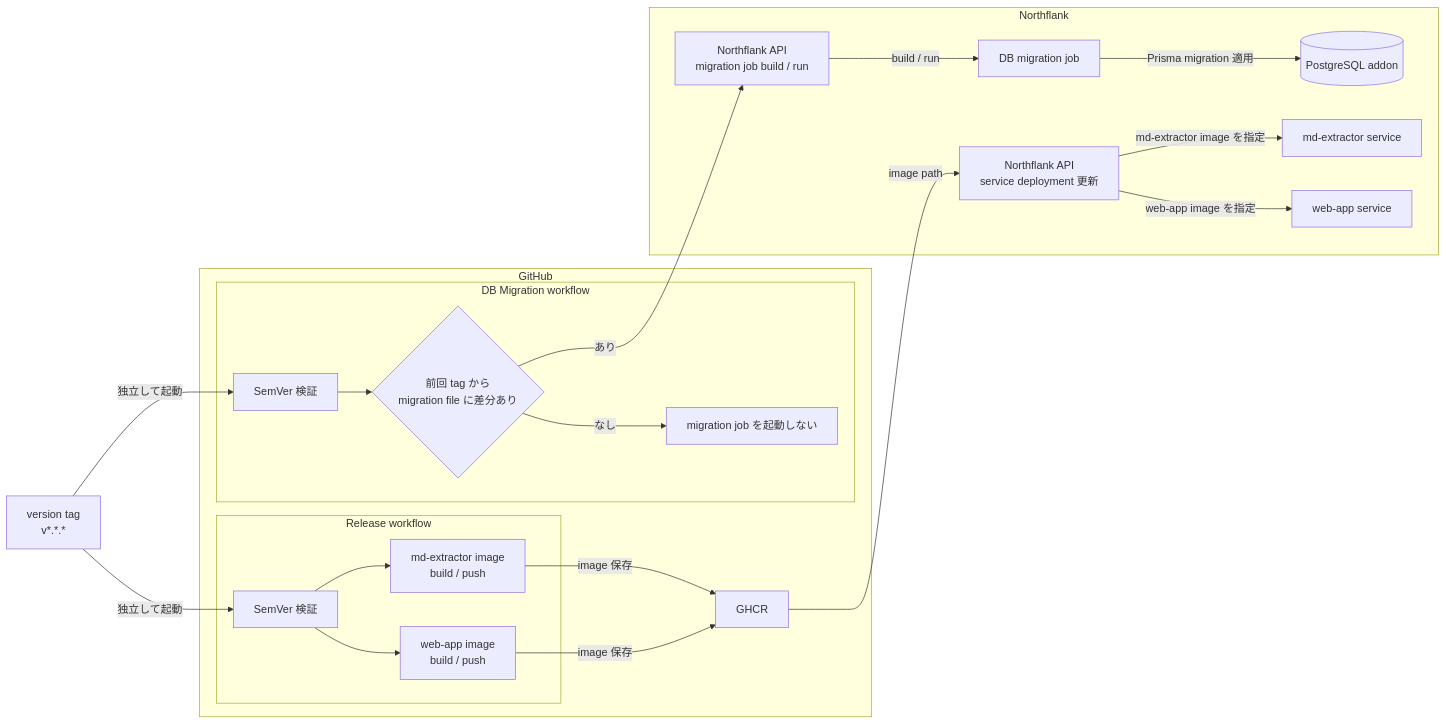
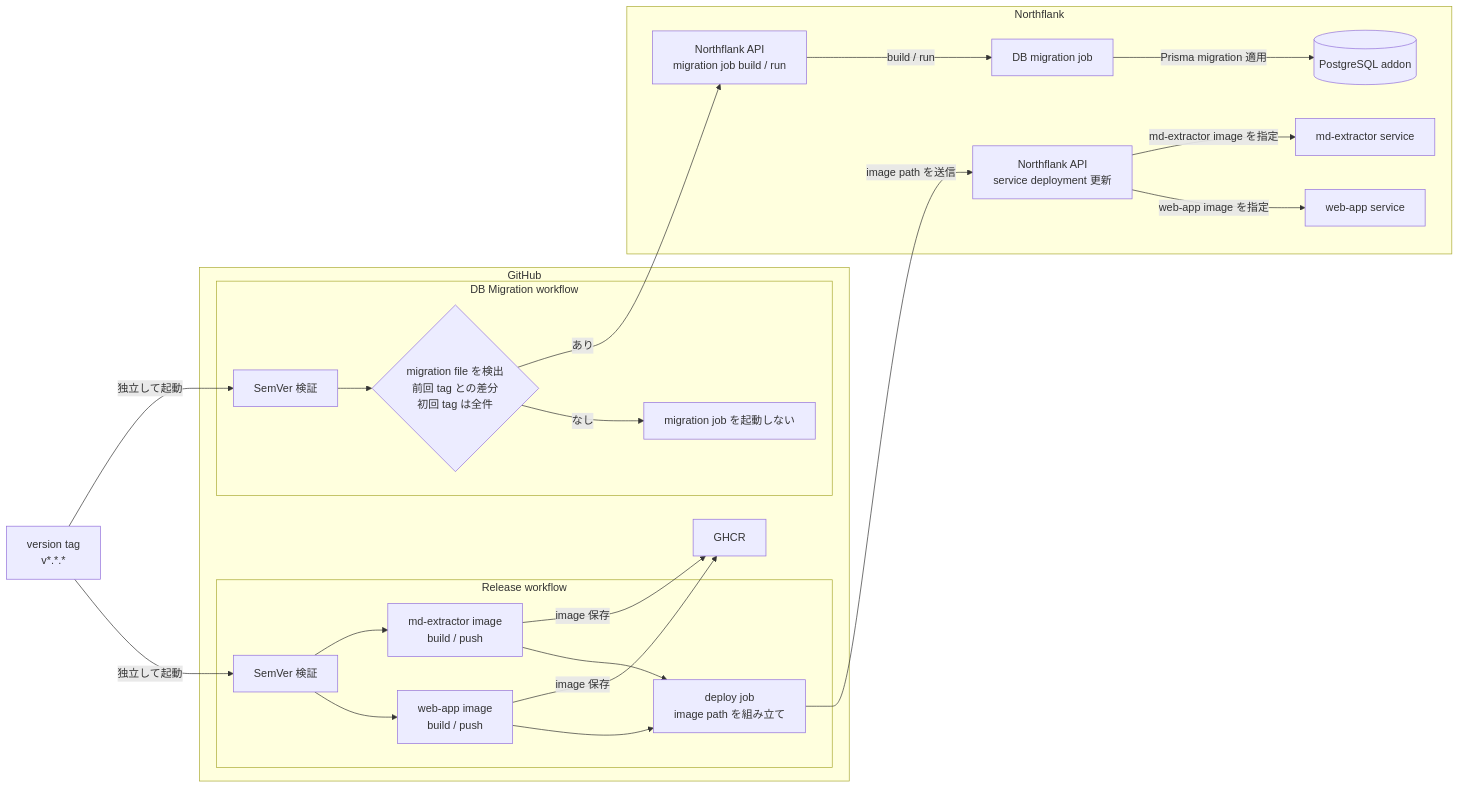
One commit to 2-yudetama/article-freezer changed the second of 2 diagrams in docs/architecture/infrastructure-overview.md. Above: the diagram before and after it, drawn with Mermaid. The commit also changed other lines of this file and 1 other file, not shown here.

Commit message:
📝 構成図のレビュー指摘を反映 (#72)
・OAuth callback とデプロイ経路の通信主体を修正
・migration 検出条件と run の完了保証範囲を明記
・PostgreSQL の永続化対象を図と責務表で一致

````diff
--- a/docs/architecture/infrastructure-overview.md
+++ b/docs/architecture/infrastructure-overview.md
@@ -54,47 +54,50 @@
 ```mermaid
 flowchart LR
     Tag["version tag<br/>v*.*.*"]
 
     subgraph GitHub["GitHub"]
         subgraph ReleaseWorkflow["Release workflow"]
             ReleaseValidate["SemVer 検証"]
             WebBuild["web-app image<br/>build / push"]
             ExtractorBuild["md-extractor image<br/>build / push"]
+            DeployJob["deploy job<br/>image path を組み立て"]
 
             ReleaseValidate --> WebBuild
             ReleaseValidate --> ExtractorBuild
+            WebBuild --> DeployJob
+            ExtractorBuild --> DeployJob
         end
 
         subgraph MigrationWorkflow["DB Migration workflow"]
             MigrationValidate["SemVer 検証"]
-            Detect{"前回 tag から<br/>migration file に差分あり"}
+            Detect{"migration file を検出<br/>前回 tag との差分<br/>初回 tag は全件"}
             Skip["migration job を起動しない"]
 
             MigrationValidate --> Detect
             Detect -->|"なし"| Skip
         end
 
         GHCR["GHCR"]
     end
 
     subgraph Northflank["Northflank"]
         DeploymentAPI["Northflank API<br/>service deployment 更新"]
         MigrationAPI["Northflank API<br/>migration job build / run"]
         WebService["web-app service"]
         ExtractorService["md-extractor service"]
         MigrationJob["DB migration job"]
         PostgreSQL[("PostgreSQL addon")]
 
         DeploymentAPI -->|"web-app image を指定"| WebService
         DeploymentAPI -->|"md-extractor image を指定"| ExtractorService
         MigrationAPI -->|"build / run"| MigrationJob
         MigrationJob -->|"Prisma migration 適用"| PostgreSQL
     end
 
     Tag -->|"独立して起動"| ReleaseValidate
     Tag -->|"独立して起動"| MigrationValidate
     WebBuild -->|"image 保存"| GHCR
     ExtractorBuild -->|"image 保存"| GHCR
-    GHCR -->|"image path"| DeploymentAPI
+    DeployJob -->|"image path を送信"| DeploymentAPI
     Detect -->|"あり"| MigrationAPI
 ```
````
